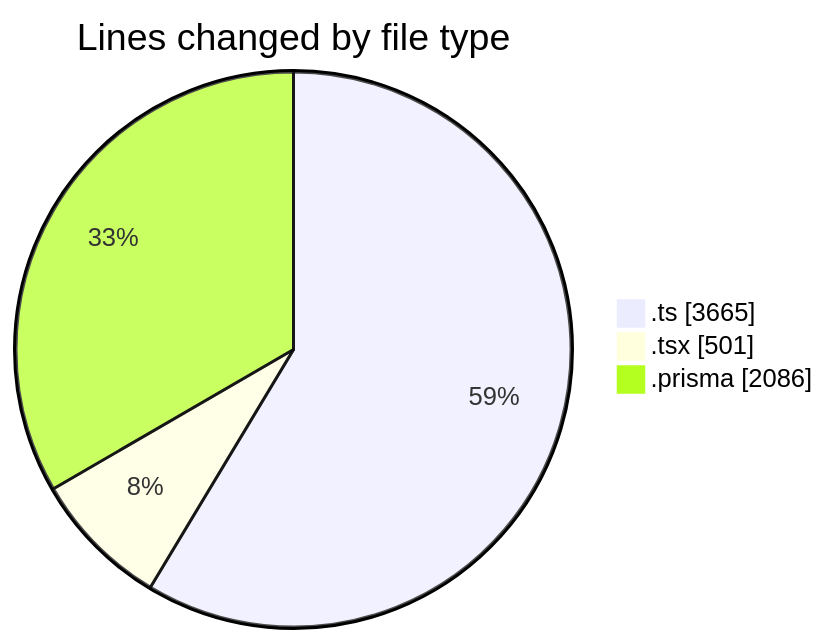
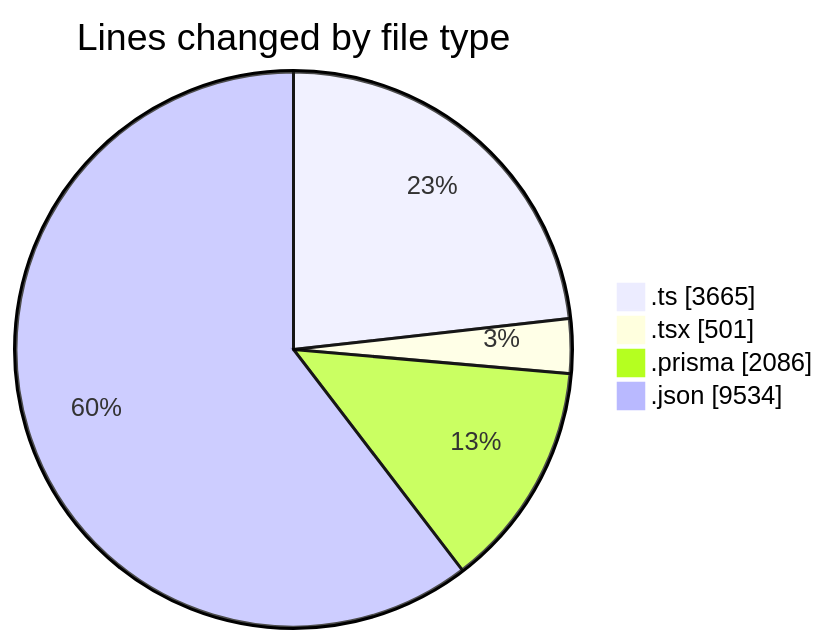
The first of 2 diagrams in 2025-05-19/ecodeli-1/README.md (CELIANVF/code-tracking), drawn with Mermaid before and after one commit. The commit also changed other lines of this file and 1 other file, not shown here.

````diff
--- a/2025-05-19/ecodeli-1/README.md
+++ b/2025-05-19/ecodeli-1/README.md
@@ -28,7 +29,8 @@
 ```mermaid
 pie showData
 title Lines changed by file type
 ".ts" : 3665
 ".tsx" : 501
 ".prisma" : 2086
+".json" : 9534
 ```
````
